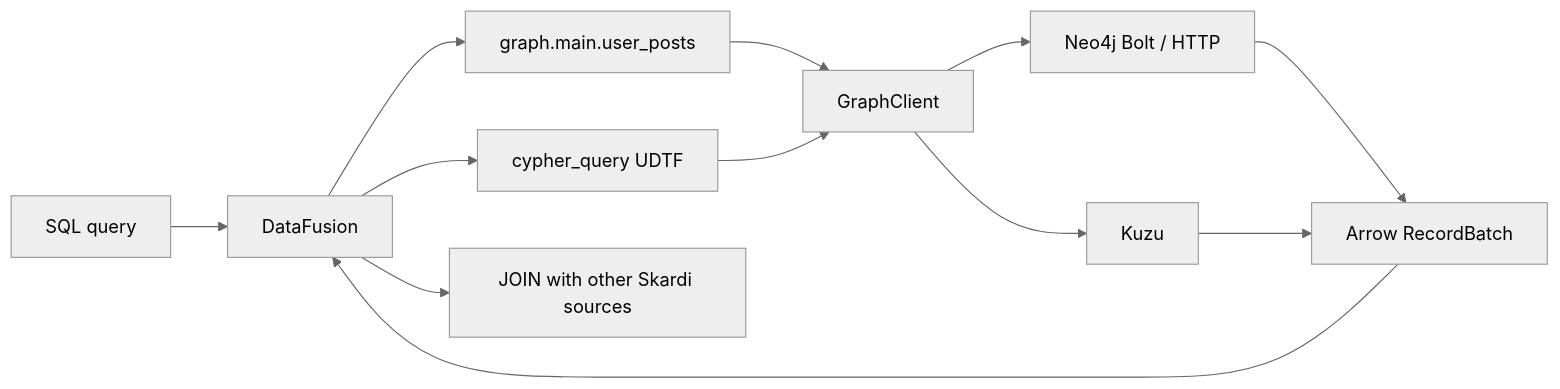
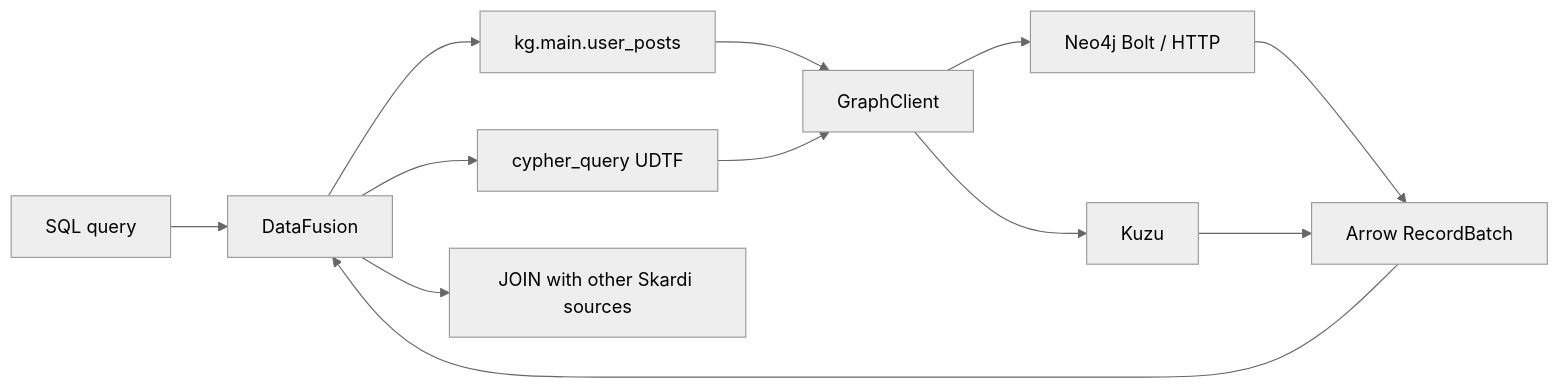
Before and after one commit to SkardiLabs/skardi: the diagram in docs/superpowers/specs/2026-08-08-graph-engine-bypass-design.md, drawn with Mermaid (neutral theme). The commit also changed other lines of this file, not shown here.

First line of the commit message:
docs(superpowers): graph design review round 1 — backend-enforced read-only, bounded queries, typed path shape

````diff
--- a/docs/superpowers/specs/2026-08-08-graph-engine-bypass-design.md
+++ b/docs/superpowers/specs/2026-08-08-graph-engine-bypass-design.md
@@ -168,14 +232,14 @@
 ```mermaid
 flowchart LR
     SQL["SQL query"] --> DF["DataFusion"]
-    DF --> Catalog["graph.main.user_posts"]
+    DF --> Catalog["kg.main.user_posts"]
     DF --> UDTF["cypher_query UDTF"]
     Catalog --> Client["GraphClient"]
     UDTF --> Client
     Client --> Neo4j["Neo4j Bolt / HTTP"]
     Client --> Kuzu["Kuzu"]
     Neo4j --> Rows["Arrow RecordBatch"]
     Kuzu --> Rows
     Rows --> DF
     DF --> Join["JOIN with other Skardi sources"]
 ```
````
